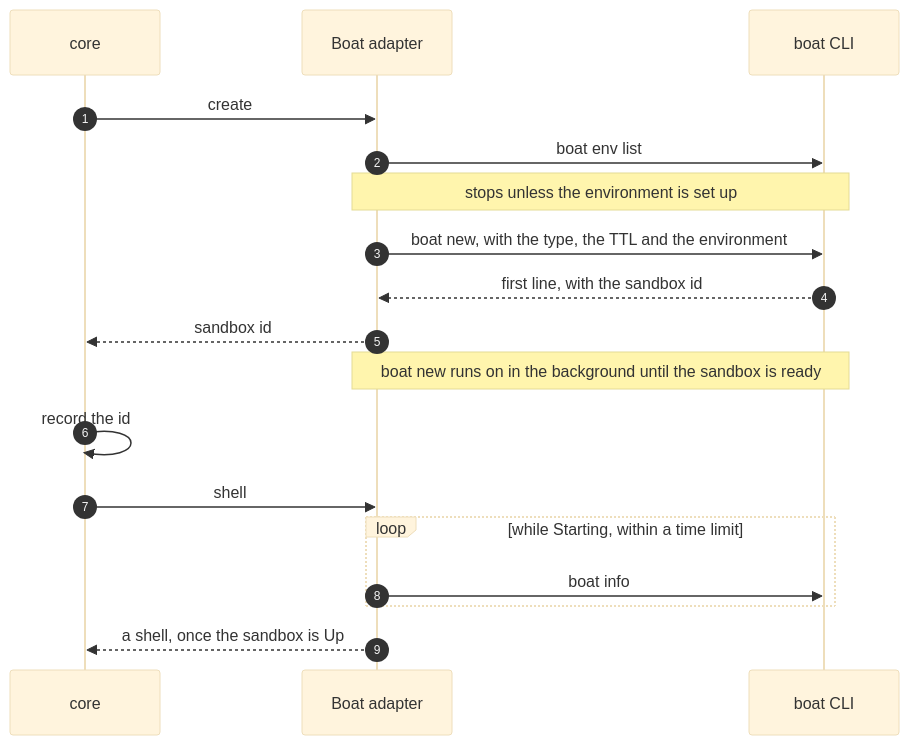
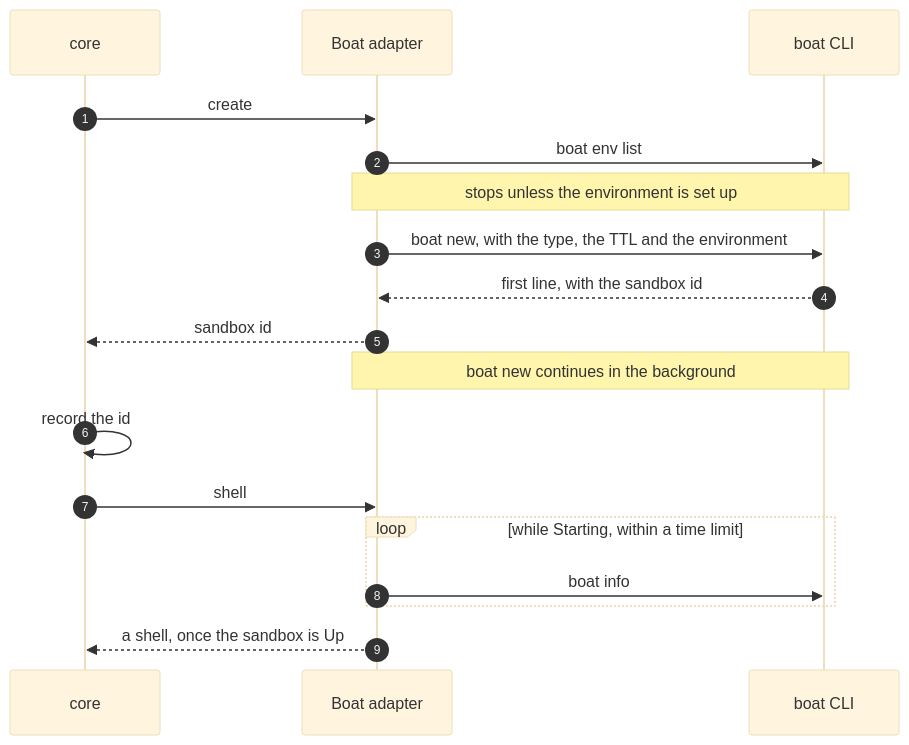
The fourth of 11 diagrams in docs/providers/boat.md (NextNodeSolutions/workspace), drawn with Mermaid (base theme) before and after one commit. The commit also changed other lines of this file and 11 other files, not shown here.

````diff
--- a/docs/providers/boat.md
+++ b/docs/providers/boat.md
@@ -118,20 +118,20 @@
 ```mermaid
 sequenceDiagram
     autonumber
     participant Core as core
     participant A as Boat adapter
     participant B as boat CLI
     Core->>A: create
     A->>B: boat env list
     Note over A,B: stops unless the environment is set up
     A->>B: boat new, with the type, the TTL and the environment
     B-->>A: first line, with the sandbox id
     A-->>Core: sandbox id
-    Note over A,B: boat new runs on in the background until the sandbox is ready
+    Note over A,B: boat new continues in the background
     Core->>Core: record the id
     Core->>A: shell
     loop while Starting, within a time limit
         A->>B: boat info
     end
     A-->>Core: a shell, once the sandbox is Up
 ```
````
